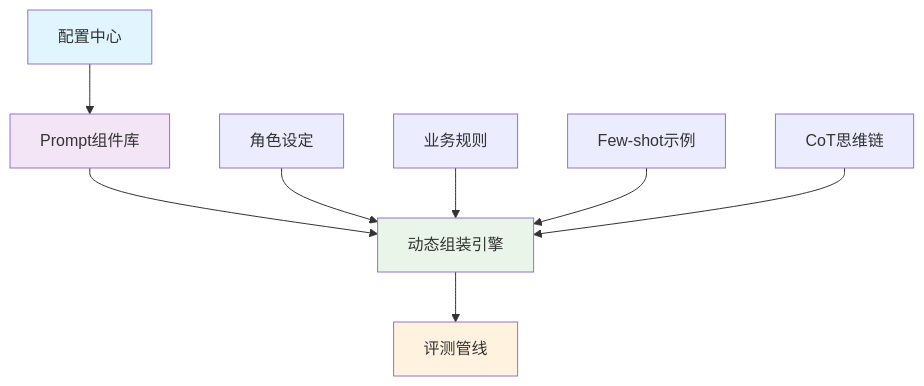
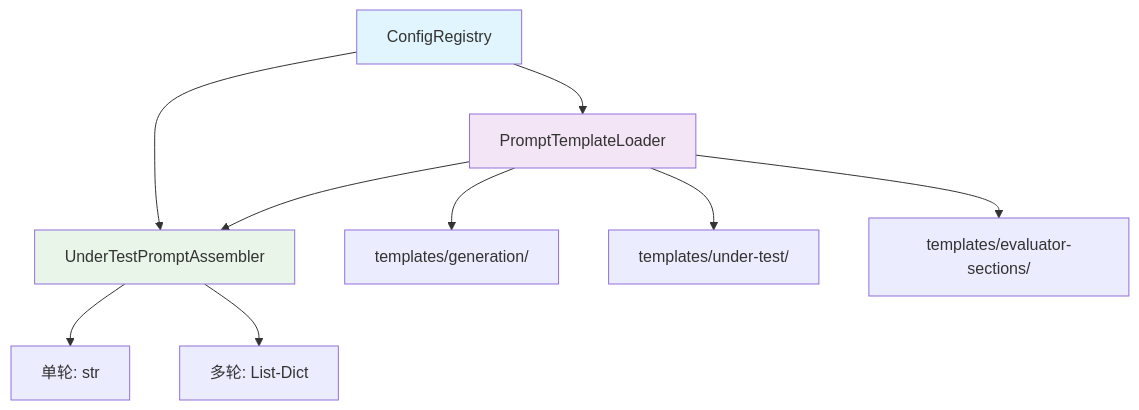
Before and after one commit to BighuaBighua/llm-testing-portfolio: the diagram in knowledge-base/02-技术实现/Prompt工程实现指南.md, drawn with Mermaid. The commit also changed other lines of this file and 69 other files, not shown here.

````diff
--- a/knowledge-base/02-技术实现/Prompt工程实现指南.md
+++ b/knowledge-base/02-技术实现/Prompt工程实现指南.md
@@ -15,16 +52,17 @@
 ```mermaid
 graph TD
-    A[配置中心] --> B[Prompt组件库]
-    B --> C[动态组装引擎]
-    C --> D[评测管线]
-    
-    B1[角色设定] --> C
-    B2[业务规则] --> C
-    B3[Few-shot示例] --> C
-    B4[CoT思维链] --> C
-    
+    A[ConfigRegistry] --> B[PromptTemplateLoader]
+    A --> C[UnderTestPromptAssembler]
+    B --> C
+
+    B --> D[templates/generation/]
+    B --> E[templates/under-test/]
+    B --> F[templates/evaluator-sections/]
+
+    C --> G[单轮: str]
+    C --> H[多轮: List-Dict]
+
     style A fill:#e1f5fe
     style B fill:#f3e5f5
     style C fill:#e8f5e8
-    style D fill:#fff3e0
 ```
````
